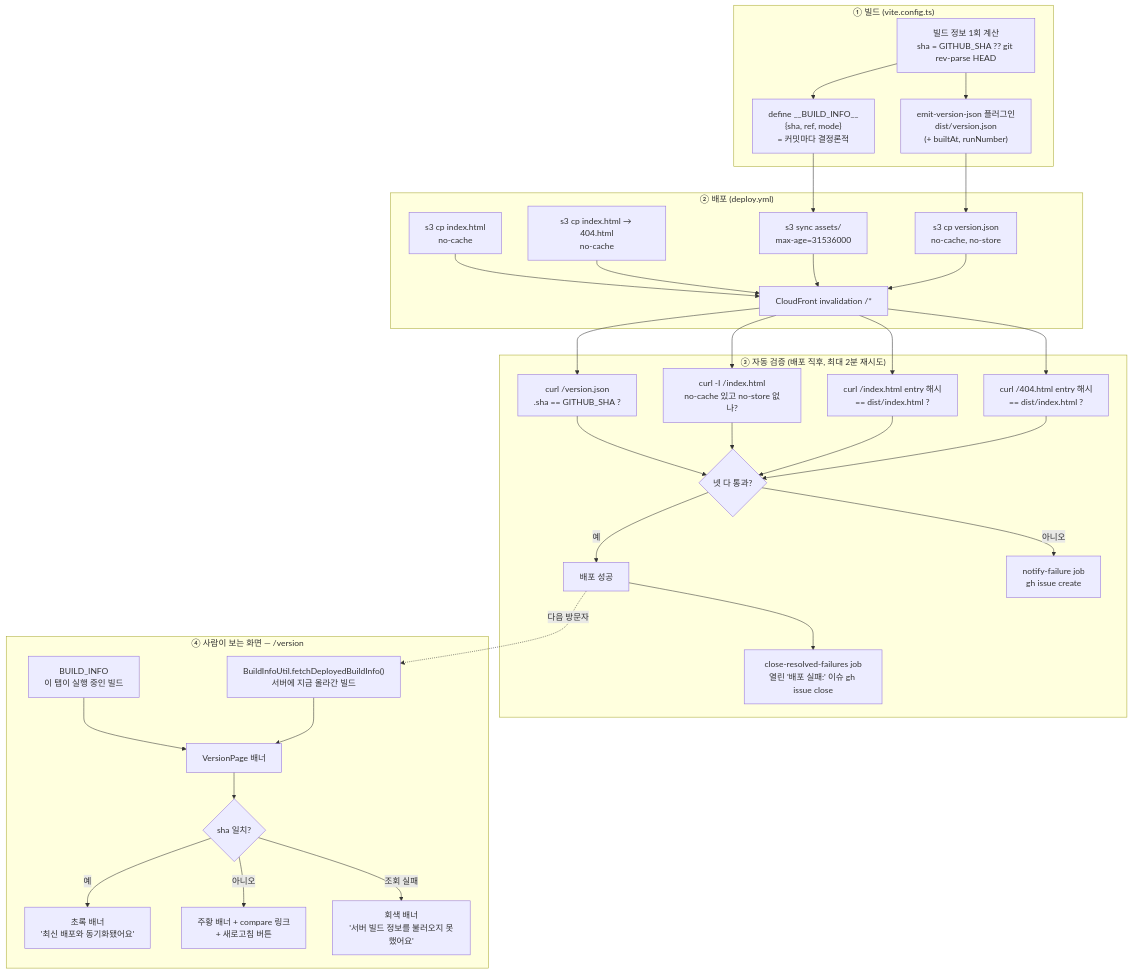
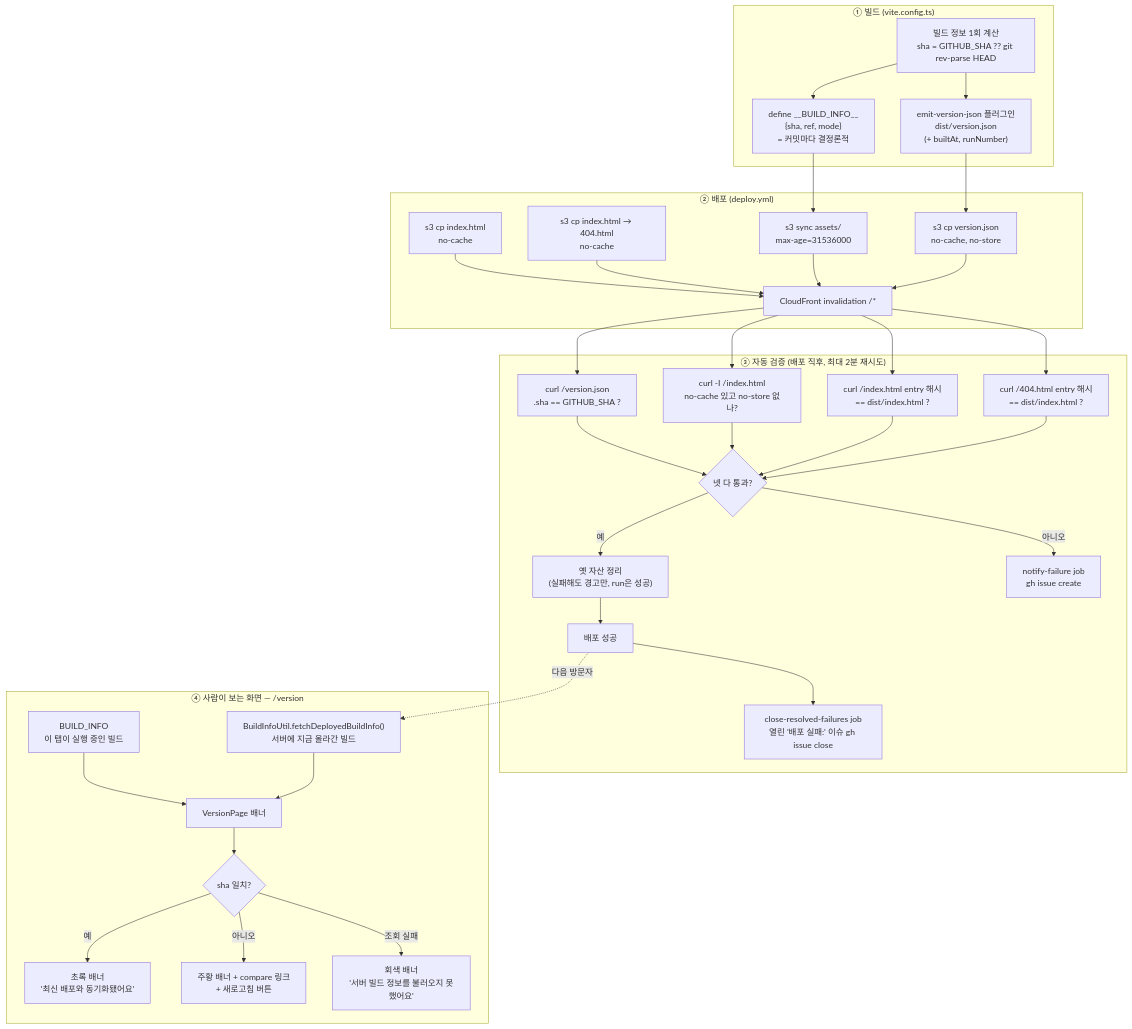
One commit to BAECHAN/link-sphere_FE_NEW changed the diagram in docs/BUILD-VERSION.md. Above: the diagram before and after it, drawn with Mermaid. The commit also changed other lines of this file and 52 other files, not shown here.

````diff
--- a/docs/BUILD-VERSION.md
+++ b/docs/BUILD-VERSION.md
@@ -34,42 +34,43 @@
 ```mermaid
 flowchart TD
   subgraph BUILD["① 빌드 (vite.config.ts)"]
     A["빌드 정보 1회 계산<br/>sha = GITHUB_SHA ?? git rev-parse HEAD"]
     A --> B["define __BUILD_INFO__<br/>{sha, ref, mode}<br/>= 커밋마다 결정론적"]
     A --> C["emit-version-json 플러그인<br/>dist/version.json<br/>(+ builtAt, runNumber)"]
   end
 
   subgraph DEPLOY["② 배포 (deploy.yml)"]
     B --> D["s3 sync assets/<br/>max-age=31536000"]
     C --> E["s3 cp version.json<br/>no-cache, no-store"]
     F["s3 cp index.html<br/>no-cache"] --> G["CloudFront invalidation /*"]
     F2["s3 cp index.html → 404.html<br/>no-cache"] --> G
     D --> G
     E --> G
   end
 
   subgraph VERIFY["③ 자동 검증 (배포 직후, 최대 2분 재시도)"]
     G --> H["curl /version.json<br/>.sha == GITHUB_SHA ?"]
     G --> I["curl -I /index.html<br/>no-cache 있고 no-store 없나?"]
     G --> J["curl /index.html entry 해시<br/>== dist/index.html ?"]
     G --> J2["curl /404.html entry 해시<br/>== dist/index.html ?"]
     H --> K{"넷 다 통과?"}
     I --> K
     J --> K
     J2 --> K
-    K -->|예| M["배포 성공"]
+    K -->|예| PR["옛 자산 정리<br/>(실패해도 경고만, run은 성공)"]
+    PR --> M["배포 성공"]
     M --> M2["close-resolved-failures job<br/>열린 '배포 실패:' 이슈 gh issue close"]
     K -->|아니오| L["notify-failure job<br/>gh issue create"]
   end
 
   subgraph SCREEN["④ 사람이 보는 화면 — /version"]
     N["BUILD_INFO<br/>이 탭이 실행 중인 빌드"] --> P["VersionPage 배너"]
     O["BuildInfoUtil.fetchDeployedBuildInfo()<br/>서버에 지금 올라간 빌드"] --> P
     P --> R{"sha 일치?"}
     R -->|예| S["초록 배너<br/>'최신 배포와 동기화됐어요'"]
     R -->|아니오| T["주황 배너 + compare 링크<br/>+ 새로고침 버튼"]
     R -->|조회 실패| U["회색 배너<br/>'서버 빌드 정보를 불러오지 못했어요'"]
   end
 
   M -.->|다음 방문자| O
 ```
````
